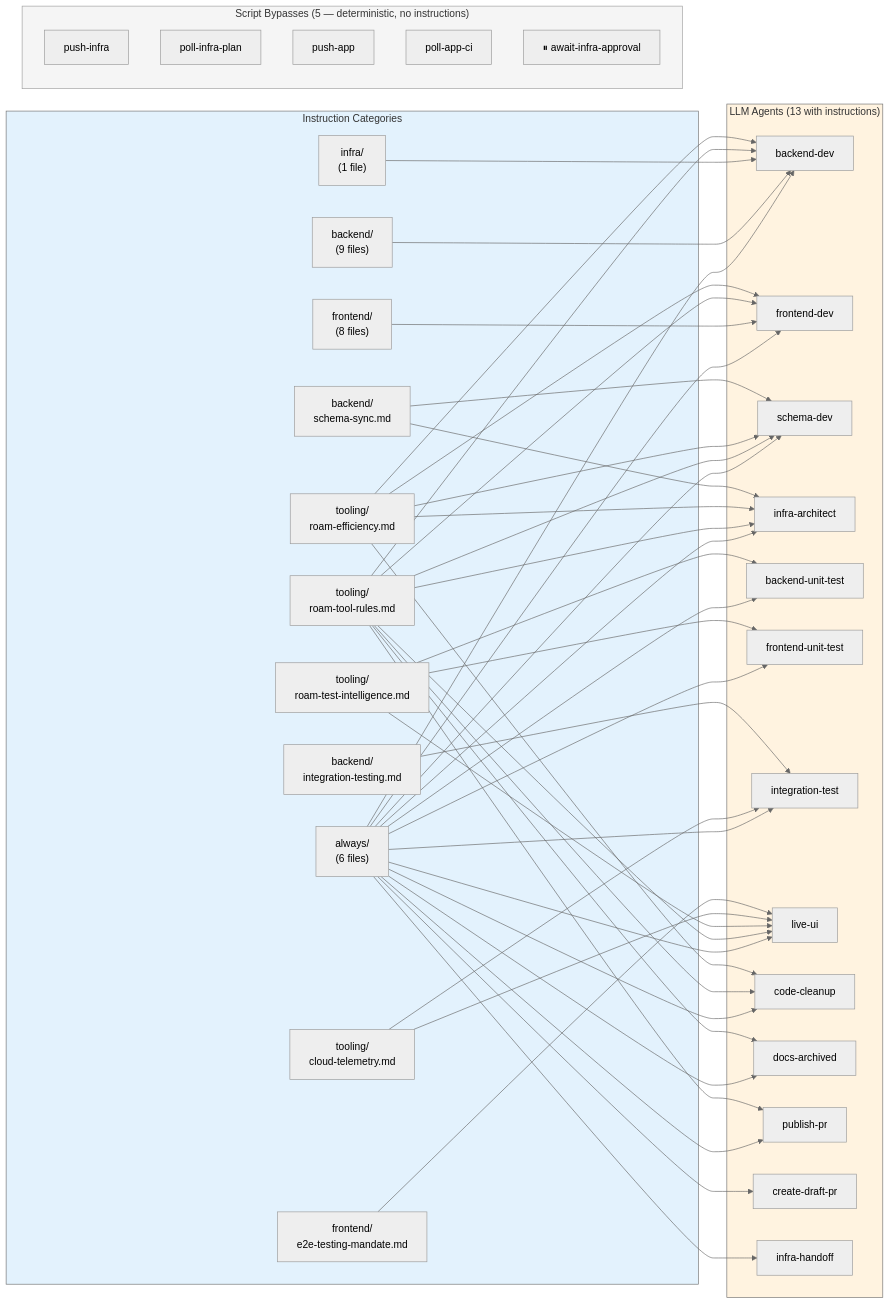
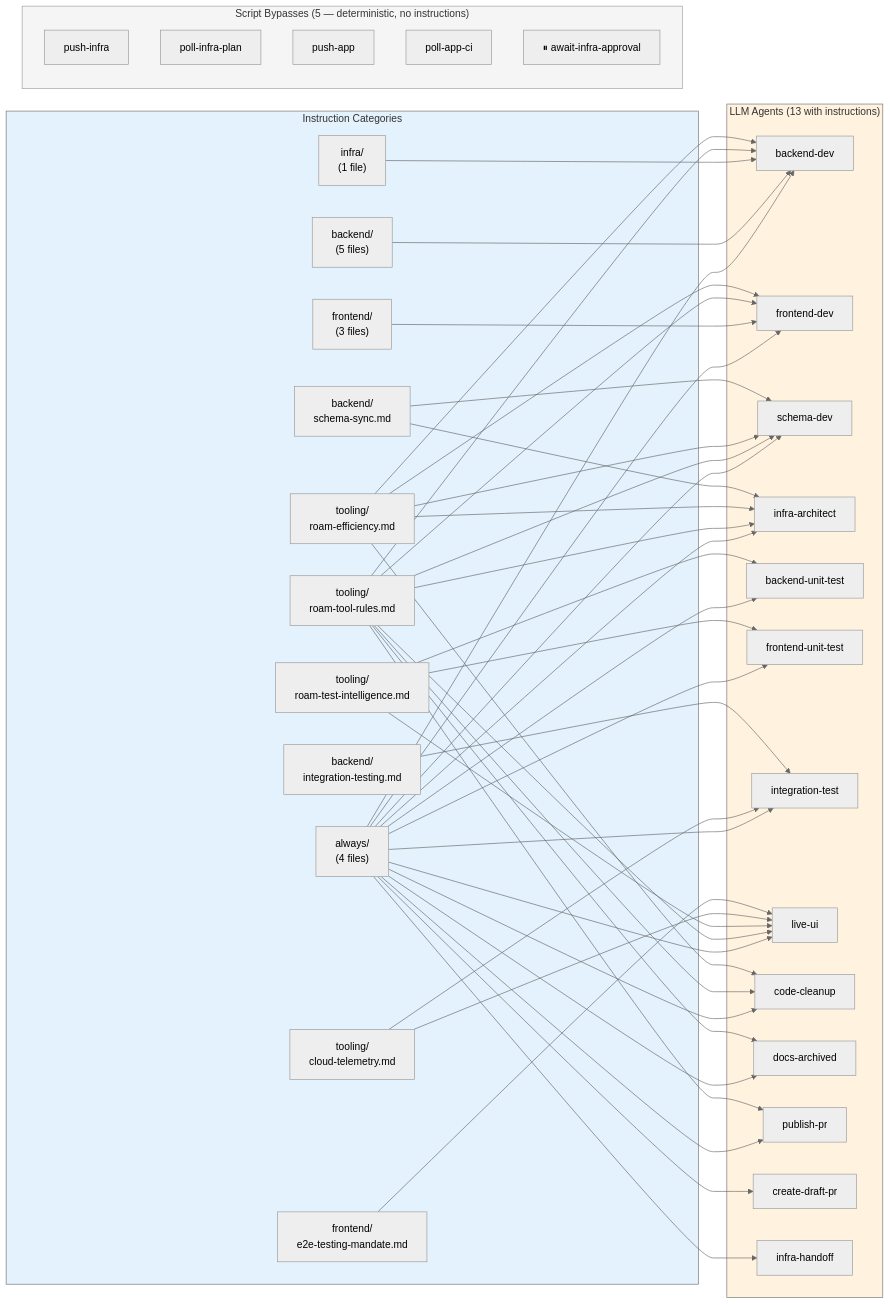
Before and after one commit to RomanKaliupinMelonusa/DAGent-t: the third of 6 diagrams in tools/autonomous-factory/docs/03-apm-context.md, drawn with Mermaid (neutral theme). The commit also changed other lines of this file and 10 other files, not shown here.

````diff
--- a/tools/autonomous-factory/docs/03-apm-context.md
+++ b/tools/autonomous-factory/docs/03-apm-context.md
@@ -201,56 +188,56 @@
 ```mermaid
 flowchart LR
     subgraph RULES["Instruction Categories"]
-        A["always/\n(6 files)"]
-        B["backend/\n(9 files)"]
-        F["frontend/\n(8 files)"]
+        A["always/\n(4 files)"]
+        B["backend/\n(5 files)"]
+        F["frontend/\n(3 files)"]
         I["infra/\n(1 file)"]
         T1["tooling/\nroam-tool-rules.md"]
         T2["tooling/\nroam-efficiency.md"]
         T3["tooling/\nroam-test-intelligence.md"]
         T4["tooling/\ncloud-telemetry.md"]
         BS["backend/\nschema-sync.md"]
         FE["frontend/\ne2e-testing-mandate.md"]
         BI["backend/\nintegration-testing.md"]
     end
 
     subgraph AGENTS["LLM Agents (13 with instructions)"]
         P1["backend-dev"]
         P2["frontend-dev"]
         P3["schema-dev"]
         P3B["infra-architect"]
         P4["backend-unit-test"]
         P5["frontend-unit-test"]
         P6["integration-test"]
         P7["live-ui"]
         P8["code-cleanup"]
         P9["docs-archived"]
         P10["publish-pr"]
         P11["create-draft-pr"]
         P12["infra-handoff"]
     end
 
     subgraph SCRIPT["Script Bypasses (5 — deterministic, no instructions)"]
         S1["push-infra"]
         S2["poll-infra-plan"]
         S3["push-app"]
         S4["poll-app-ci"]
         S5["⏸ await-infra-approval"]
     end
 
     A --> P1 & P2 & P3 & P3B & P4 & P5 & P6 & P7 & P8 & P9 & P10 & P11 & P12
     B --> P1
     F --> P2
     I --> P1
     T1 --> P1 & P2 & P3 & P3B & P7 & P8 & P9 & P10
     T2 --> P1 & P2 & P3 & P3B & P8
     T3 --> P4 & P5 & P7
     T4 --> P6 & P7
     BS --> P3 & P3B
     FE --> P7
     BI --> P6
 
     style RULES fill:#e3f2fd
     style AGENTS fill:#fff3e0
     style SCRIPT fill:#f5f5f5,stroke:#9e9e9e
 ```
````
